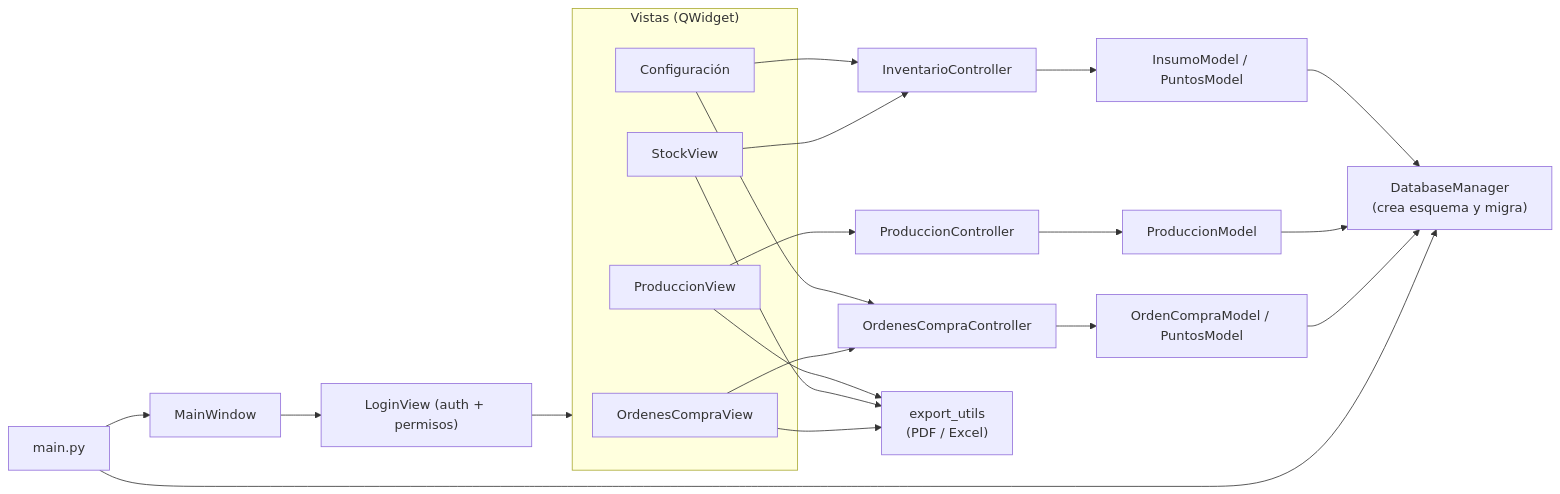
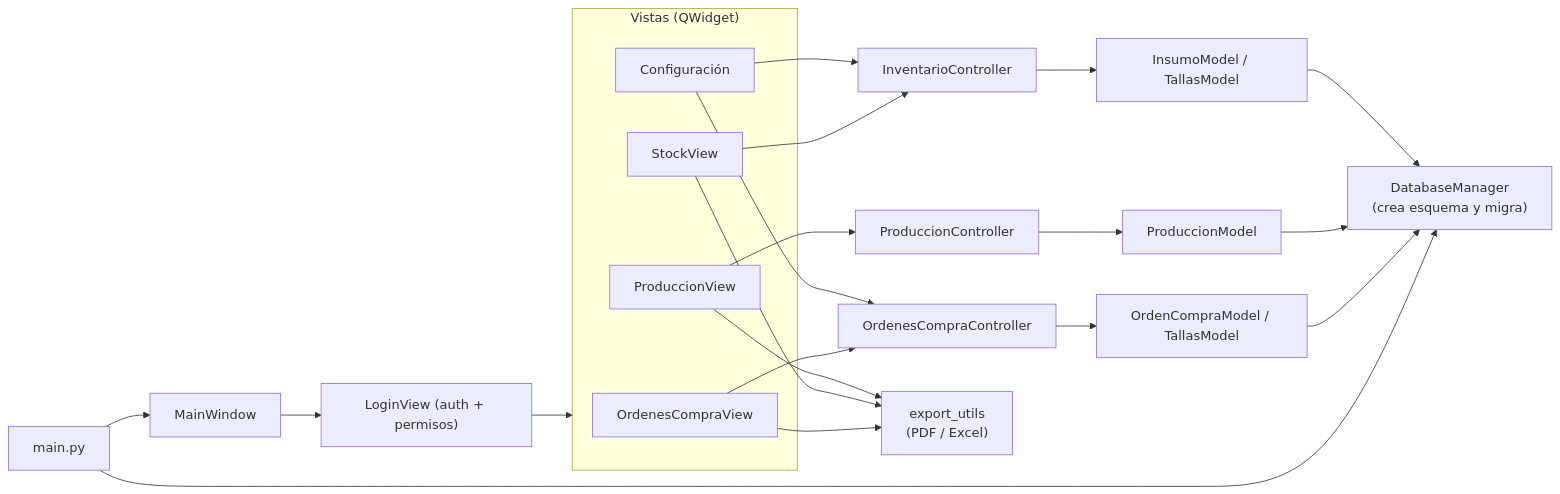
The second of 2 diagrams in README.md (gorettiboots-commits/siacerp), drawn with Mermaid before and after one commit. The commit also changed other lines of this file and 14 other files, not shown here.

First line of the commit message:
Migracion RD-1: unifica puntos y tallas en catalogo tallas_catalogo

````diff
--- a/README.md
+++ b/README.md
@@ -234,32 +228,32 @@
 ```mermaid
 flowchart LR
     main["main.py"] --> db["DatabaseManager<br/>(crea esquema y migra)"]
     main --> mw["MainWindow"]
     mw --> login["LoginView (auth + permisos)"]
     login --> views
 
     subgraph views["Vistas (QWidget)"]
         oc["OrdenesCompraView"]
         prod["ProduccionView"]
         stk["StockView"]
         cfg["Configuración"]
     end
 
     oc --> c1["OrdenesCompraController"]
     prod --> c2["ProduccionController"]
     stk --> c3["InventarioController"]
     cfg --> c1
     cfg --> c3
 
-    c1 --> m1["OrdenCompraModel / PuntosModel"]
+    c1 --> m1["OrdenCompraModel / TallasModel"]
     c2 --> m2["ProduccionModel"]
-    c3 --> m3["InsumoModel / PuntosModel"]
+    c3 --> m3["InsumoModel / TallasModel"]
 
     m1 --> db
     m2 --> db
     m3 --> db
 
     oc --> exp["export_utils<br/>(PDF / Excel)"]
     stk --> exp
     prod --> exp
 ```
````
